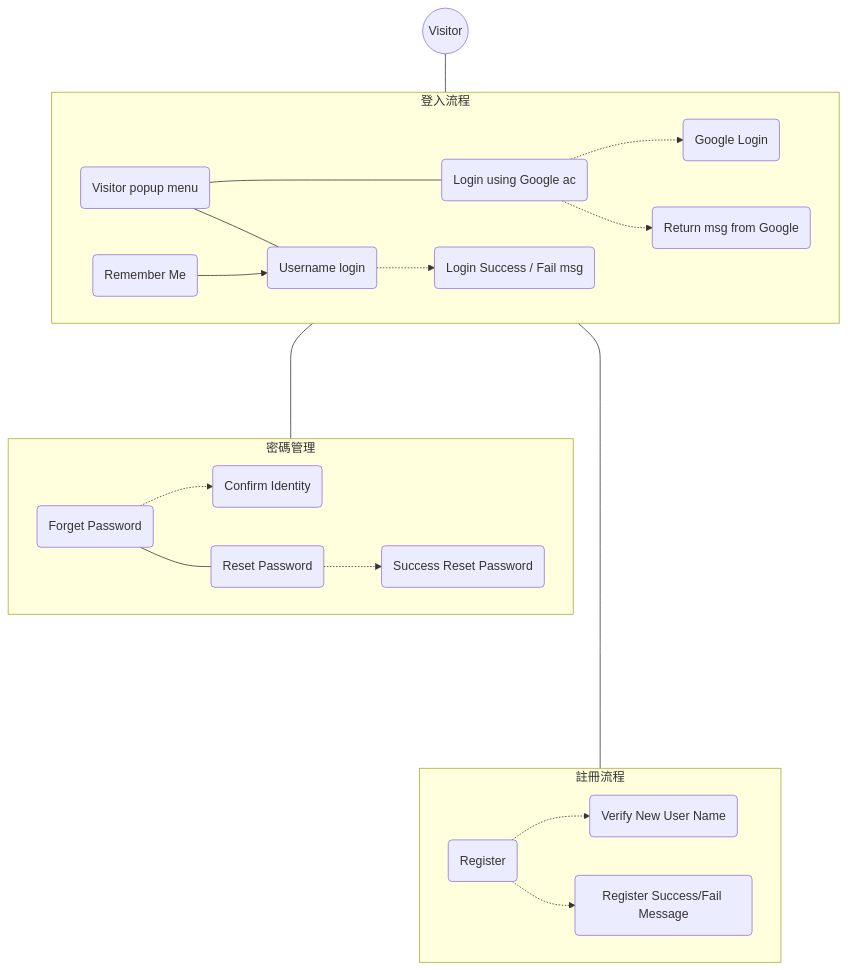
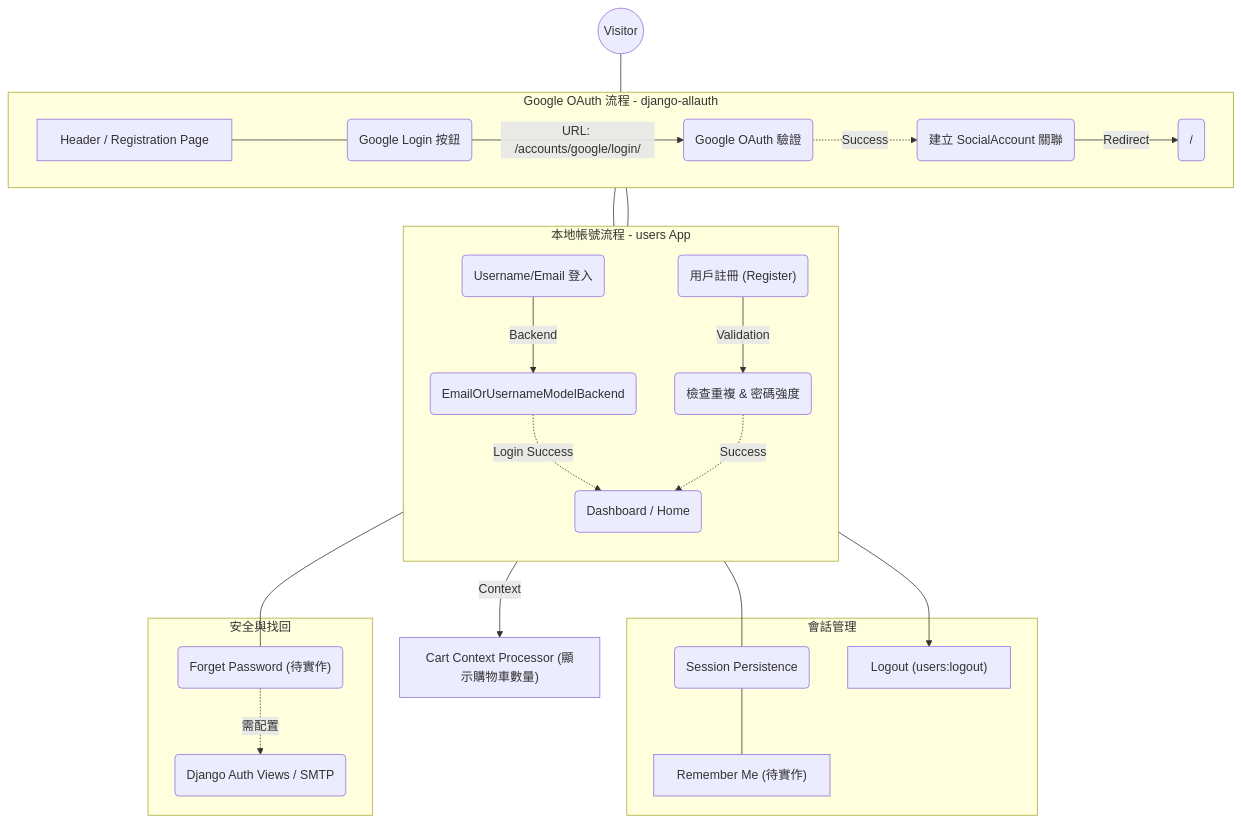
Before and after one commit to OscarLoOscar/django_ecommerce: the second of 8 diagrams in python_django_project/UML_of_e-commerce.md, drawn with Mermaid. The commit also changed other lines of this file and 10 other files, not shown here.

Commit message:
update UML ,README

````diff
--- a/python_django_project/UML_of_e-commerce.md
+++ b/python_django_project/UML_of_e-commerce.md
@@ -50,30 +66,37 @@
 ```mermaid
 graph TD
-  V((Visitor)) --- UC01(Visitor popup menu)
+  V((Visitor)) --- UI_Header["Header / Registration Page"]
 
-  subgraph Login_Section [登入流程]
+  subgraph Allauth_Google [Google OAuth 流程 - django-allauth]
       direction LR
-      UC01 ---- UC02("Login using Google ac")
-      UC02 -.-> UC03("Google Login")
-      UC02 -.-> UC04("Return msg from Google")
-
-      UC01 --- UC05("Username login")
-      UC07("Remember Me") --> UC05
-      UC05 -.-> UC14("Login Success / Fail msg")
+      UI_Header ---- UC02("Google Login 按鈕")
+      UC02 -->|URL: /accounts/google/login/| UC03("Google OAuth 驗證")
+      UC03 -.->|Success| UC04("建立 SocialAccount 關聯")
+      UC04 -->|Redirect| UC_RED("/")
   end
 
-  subgraph Password_Section [密碼管理]
-      direction LR
-      UC05 ----- UC08("Forget Password")
-      UC08 -.-> UC09("Confirm Identity")
-      UC08 --- UC10("Reset Password")
-      UC10 -.-> UC11("Success Reset Password")
+  subgraph Local_Auth [本地帳號流程 - users App]
+      direction TB
+      UI_Header --- UC05("Username/Email 登入")
+      UC05 -->|Backend| UC_Backend("EmailOrUsernameModelBackend")
+
+      UI_Header --- UC06("用戶註冊 (Register)")
+      UC06 -->|Validation| UC12("檢查重複 & 密碼強度")
+
+      UC_Backend -.->|Login Success| UC14("Dashboard / Home")
+      UC12 -.->|Success| UC14
   end
 
-  subgraph Register_Section [註冊流程]
-      direction LR
-      UC01 --------- UC06("Register")
-      UC06 -.-> UC12("Verify New User Name")
-      UC06 -.-> UC13("Register Success/Fail Message")
+  subgraph Session_Mgmt [會話管理]
+      UC14 --- UC15("Session Persistence")
+      UC15 --- REM["Remember Me (待實作)"]
+      UC14 --> LOGOUT["Logout (users:logout)"]
   end
+
+  subgraph Password_Security [安全與找回]
+      UC05 --- UC08("Forget Password (待實作)")
+      UC08 -.->|需配置| UC09("Django Auth Views / SMTP")
+  end
+
+  UC14 -->|Context| CP["Cart Context Processor (顯示購物車數量)"]
 ```
````
